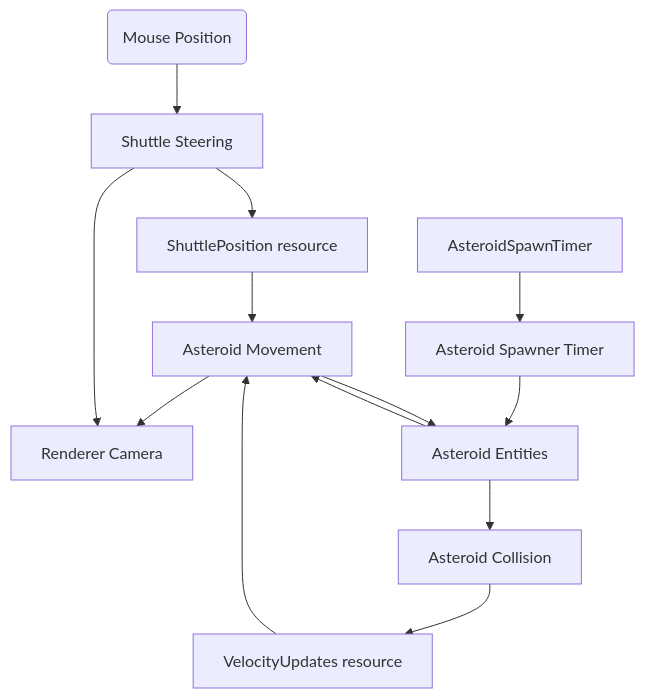
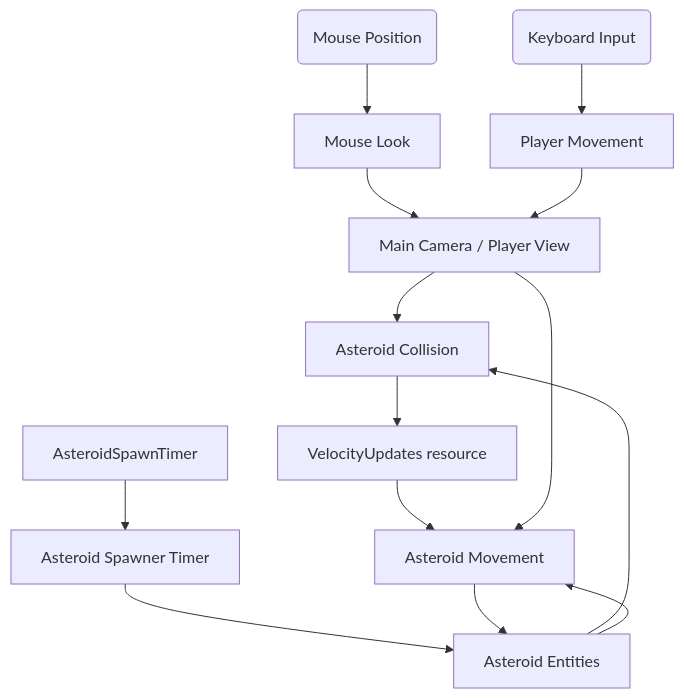
The diagram in README.md (antonincacadetruire/space_vibe), drawn with Mermaid before and after one commit. The commit also changed 11 other files, not shown here.

Commit message:
Refactor game systems and components; implement player movement and fullscreen toggle

````diff
--- a/README.md
+++ b/README.md
@@ -4,27 +4,29 @@
 ```mermaid
 graph TB
   M(Mouse Position)
+  K(Keyboard Input)
 
-  S1[Shuttle Steering]
-  S2[Asteroid Spawner Timer]
-  S3[Asteroid Collision]
-  S4[Asteroid Movement]
-  R[Renderer Camera]
+  S1[Mouse Look]
+  S2[Player Movement]
+  S3[Asteroid Spawner Timer]
+  S4[Asteroid Collision]
+  S5[Asteroid Movement]
+  R[Main Camera / Player View]
 
-  RP[ShuttlePosition resource]
   RV[VelocityUpdates resource]
   RT[AsteroidSpawnTimer]
 
   M --> S1
-  S1 --> RP
-  RT --> S2
-  S2 --> Ast[Asteroid Entities]
-  Ast --> S3
-  S3 --> RV
-  RV --> S4
+  S1 --> R
+  K --> S2
+  S2 --> R
+  RT --> S3
+  S3 --> Ast[Asteroid Entities]
   Ast --> S4
-  S4 --> Ast
-  RP --> S4
-  S4 --> R
-  S1 --> R
+  S4 --> RV
+  RV --> S5
+  Ast --> S5
+  S5 --> Ast
+  R --> S4
+  R --> S5
 ```
````
